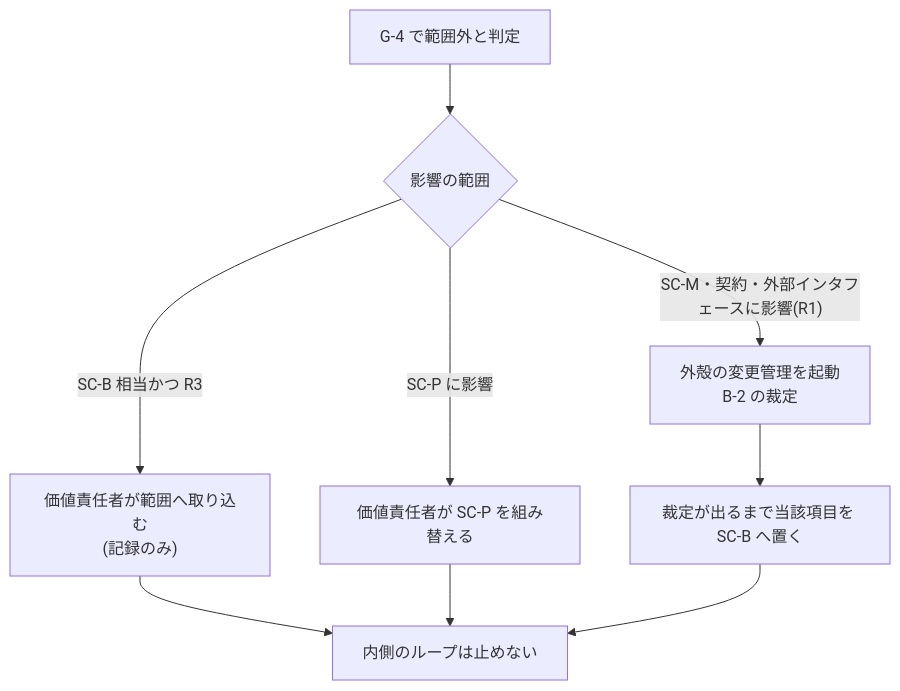
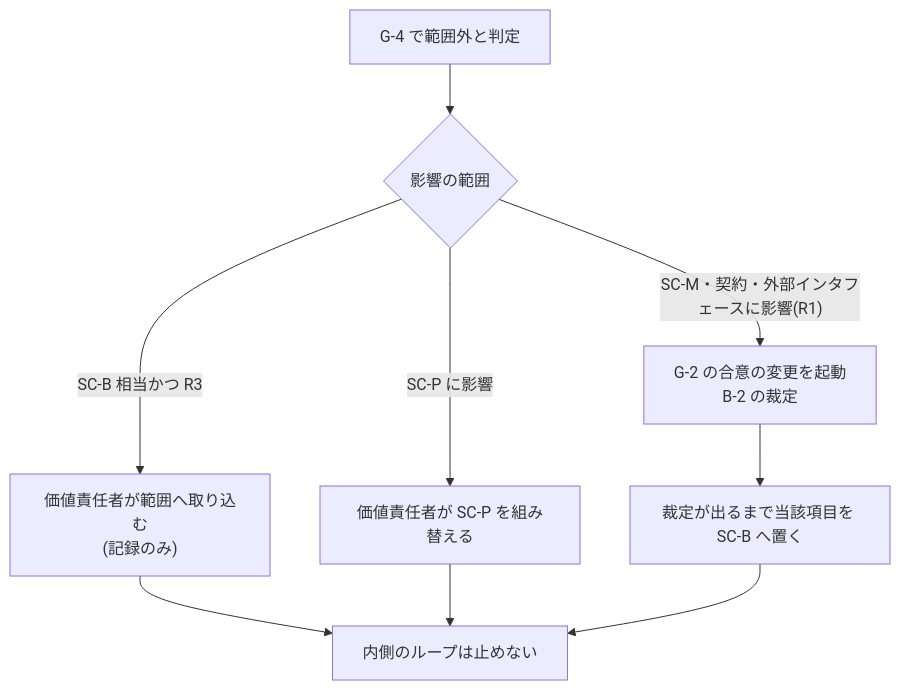
Before and after one commit to Takenori-Kusaka/process-compass: the sixth of 6 diagrams in src/content/docs/phase4-process-design/lifecycle.md, drawn with Mermaid. The commit also changed other lines of this file and 11 other files, not shown here.

````diff
--- a/src/content/docs/phase4-process-design/lifecycle.md
+++ b/src/content/docs/phase4-process-design/lifecycle.md
@@ -739,11 +739,11 @@
 ```mermaid
 graph TD
   A["G-4 で範囲外と判定"] --> B{"影響の範囲"}
   B -->|"SC-B 相当かつ R3"| C["価値責任者が範囲へ取り込む<br>(記録のみ)"]
   B -->|"SC-P に影響"| D["価値責任者が SC-P を組み替える"]
-  B -->|"SC-M・契約・外部インタフェースに影響(R1)"| E["外殻の変更管理を起動<br>B-2 の裁定"]
+  B -->|"SC-M・契約・外部インタフェースに影響(R1)"| E["G-2 の合意の変更を起動<br>B-2 の裁定"]
   E --> F["裁定が出るまで当該項目を SC-B へ置く"]
   C --> G["内側のループは止めない"]
   D --> G
   F --> G
 ```
````
